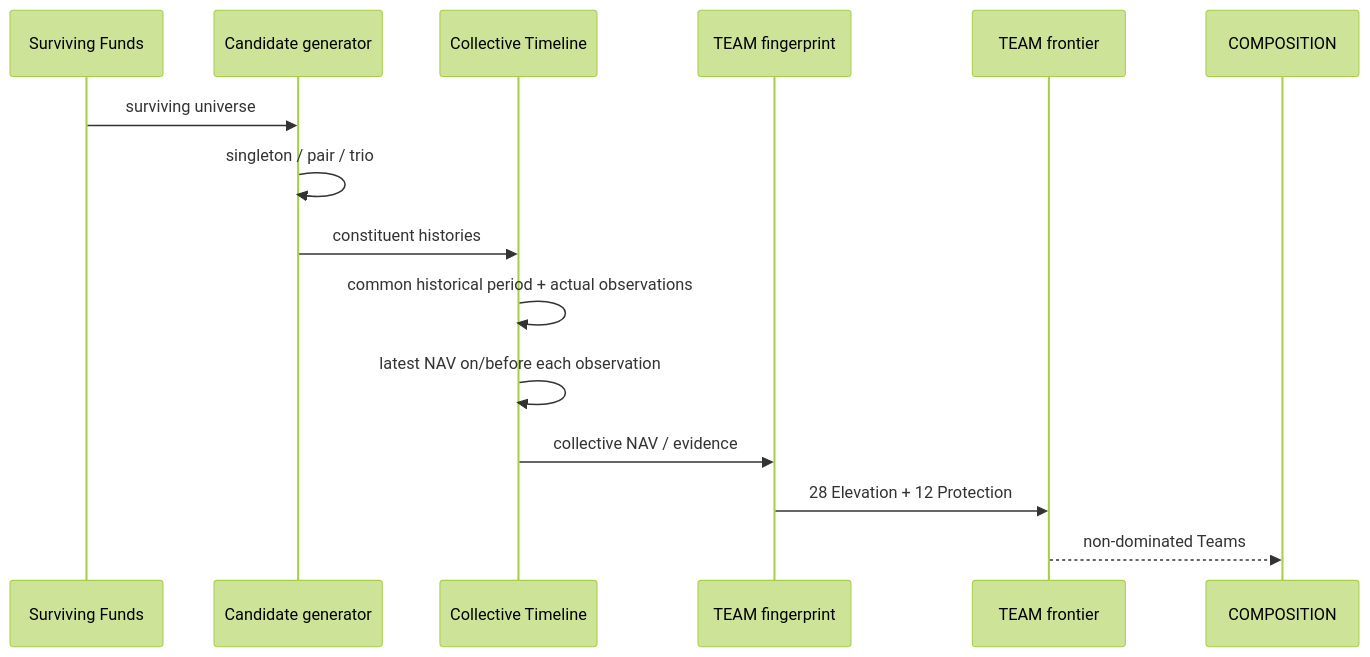
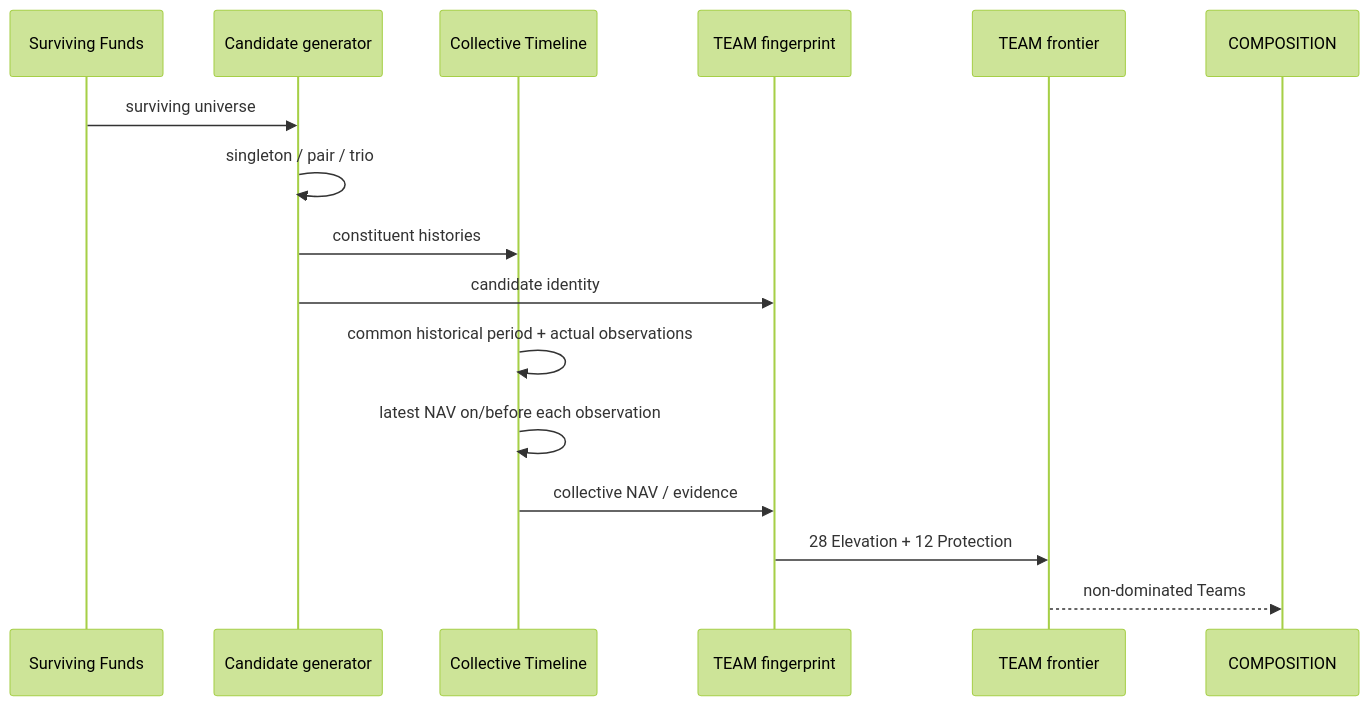
Before and after one commit to rrajeshkannan/lakshya: the fifth of 13 diagrams in docs/Lakshya_Pipeline_Sequence.md, drawn with Mermaid (forest theme). The commit also changed other lines of this file, not shown here.

Commit message:
Update execution sequence and remove obsolete family validation

````diff
--- a/docs/Lakshya_Pipeline_Sequence.md
+++ b/docs/Lakshya_Pipeline_Sequence.md
@@ -318,18 +321,19 @@
 ```mermaid
 sequenceDiagram
     participant Funds as Surviving Funds
     participant TeamGen as Candidate generator
     participant Timeline as Collective Timeline
     participant Fingerprint as TEAM fingerprint
     participant Frontier as TEAM frontier
     participant Composition as COMPOSITION
 
     Funds->>TeamGen: surviving universe
     TeamGen->>TeamGen: singleton / pair / trio
     TeamGen->>Timeline: constituent histories
+    TeamGen->>Fingerprint: candidate identity
     Timeline->>Timeline: common historical period + actual observations
     Timeline->>Timeline: latest NAV on/before each observation
     Timeline->>Fingerprint: collective NAV / evidence
     Fingerprint->>Frontier: 28 Elevation + 12 Protection
     Frontier-->>Composition: non-dominated Teams
 ```
````
